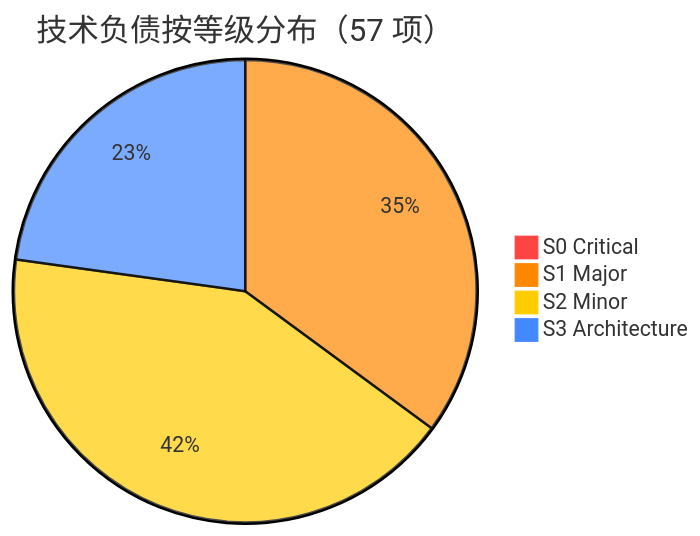
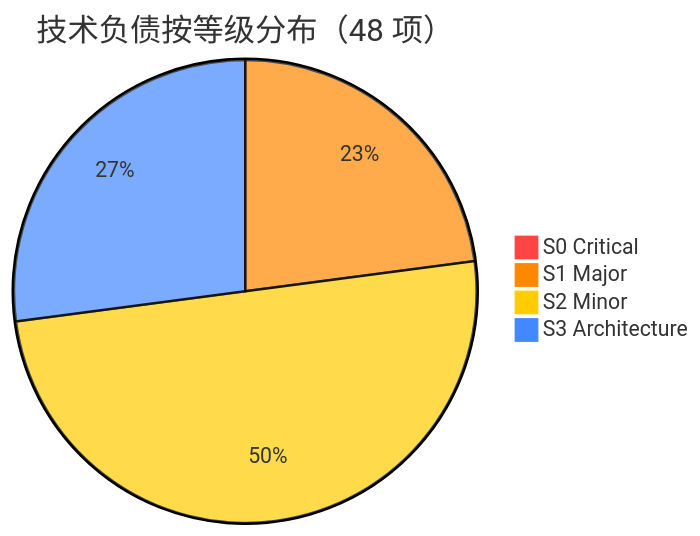
Before and after one commit to j19800/MemALL: the diagram in debt/DASHBOARD.md, drawn with Mermaid. The commit also changed other lines of this file and 47 other files, not shown here.

````diff
--- a/debt/DASHBOARD.md
+++ b/debt/DASHBOARD.md
@@ -11,8 +11,8 @@
 ```mermaid
 %%{init: {'theme': 'base', 'themeVariables': { 'pie1': '#ff4444', 'pie2': '#ff8800', 'pie3': '#ffcc00', 'pie4': '#4488ff'}}}%%
-pie title 技术负债按等级分布（57 项）
+pie title 技术负债按等级分布（48 项）
     "S0 Critical" : 0
-    "S1 Major" : 20
+    "S1 Major" : 11
     "S2 Minor" : 24
     "S3 Architecture" : 13
 ```
````
